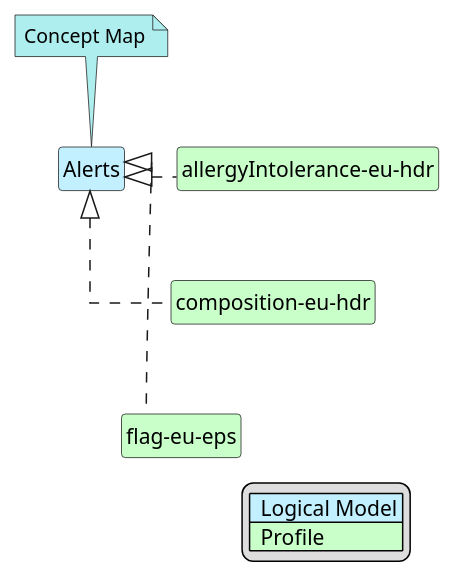
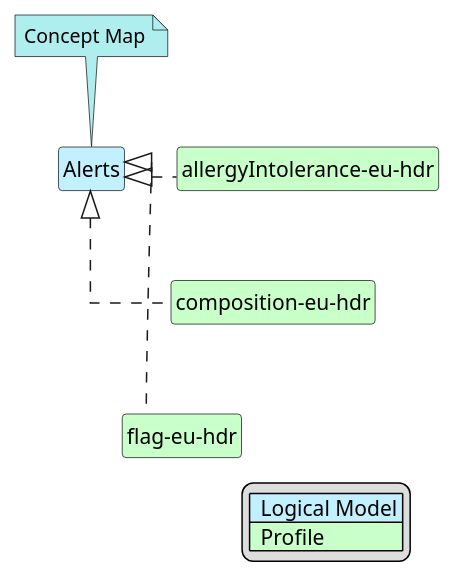
Before and after one commit to hl7-eu/hdr: the diagram in input/images-source/Alerts-map.plantuml, drawn with PlantUML. The commit also changed 15 other files, not shown here.

```diff
--- a/input/images-source/Alerts-map.plantuml
+++ b/input/images-source/Alerts-map.plantuml
@@ -1,27 +1,27 @@
 @startuml
 hide circle
 hide stereotype
 hide members
 hide methods
 skinparam linetype ortho
 skinparam class {
 BackgroundColor<<LogicalModel>> #APPLICATION
 BackgroundColor<<Profile>> #TECHNOLOGY
 }
 legend right
 | <#APPLICATION>  Logical Model |
 | <#TECHNOLOGY>  Profile |
 endlegend
 class "Alerts" <<LogicalModel>> [[StructureDefinition-Alerts.html]]
 note top #PaleTurquoise [[ConceptMap-alerts2FHIR-eu-hdr.html]]
 Concept Map
 endnote
 class "allergyIntolerance-eu-hdr" <<Profile>> [[StructureDefinition-allergyIntolerance-eu-hdr.html]]
 "Alerts" <|. "allergyIntolerance-eu-hdr"
 class "composition-eu-hdr" <<Profile>> [[StructureDefinition-composition-eu-hdr.html]]
 "Alerts" <|. "composition-eu-hdr"
 "allergyIntolerance-eu-hdr" -d[hidden]-> "composition-eu-hdr"
-class "flag-eu-eps" <<Profile>> [[StructureDefinition-flag-eu-eps.html]]
-"Alerts" <|. "flag-eu-eps"
-"composition-eu-hdr" -d[hidden]-> "flag-eu-eps"
+class "flag-eu-hdr" <<Profile>> [[StructureDefinition-flag-eu-hdr.html]]
+"Alerts" <|. "flag-eu-hdr"
+"composition-eu-hdr" -d[hidden]-> "flag-eu-hdr"
 @enduml
```
